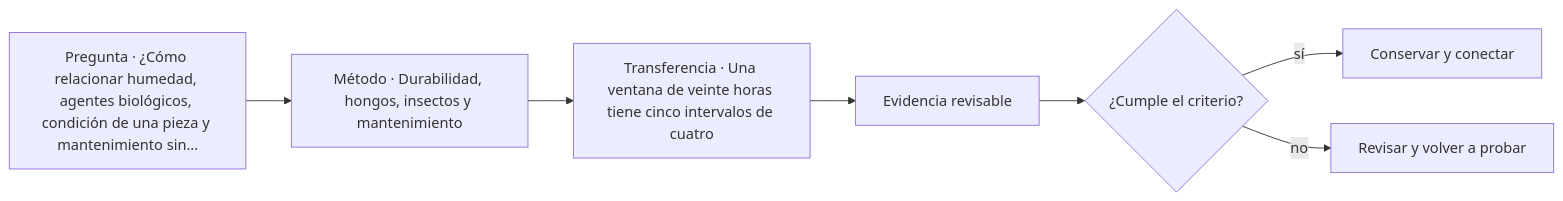
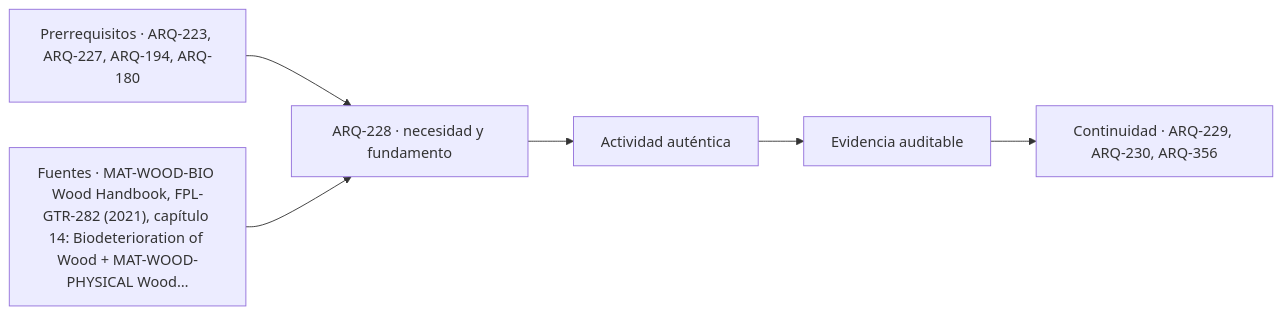
The diagram in classes/parte-23/ARQ-228.md (vladimiracunadev-create/architecture-built-environment-learning-program), drawn with Mermaid before and after one commit. The commit also changed other lines of this file and 761 other files, not shown here.

````diff
--- a/classes/parte-23/ARQ-228.md
+++ b/classes/parte-23/ARQ-228.md
@@ -107,9 +119,8 @@
 ```mermaid
 flowchart LR
-    Q["Pregunta · ¿Cómo relacionar humedad, agentes biológicos, condición de una pieza y mantenimiento sin…"] --> M["Método · Durabilidad, hongos, insectos y mantenimiento"]
-    M --> P["Transferencia · Una ventana de veinte horas tiene cinco intervalos de cuatro"]
-    P --> E["Evidencia revisable"]
-    E --> C{"¿Cumple el criterio?"}
-    C -->|sí| T["Conservar y conectar"]
-    C -->|no| R["Revisar y volver a probar"]
+    A["Prerrequisitos · ARQ-223, ARQ-227, ARQ-194, ARQ-180"] --> B["ARQ-228 · necesidad y fundamento"]
+    S["Fuentes · MAT-WOOD-BIO Wood Handbook, FPL-GTR-282 (2021), capítulo 14: Biodeterioration of Wood + MAT-WOOD-PHYSICAL Wood…"] --> B
+    B --> C["Actividad auténtica"]
+    C --> D["Evidencia auditable"]
+    D --> E["Continuidad · ARQ-229, ARQ-230, ARQ-356"]
 ```
````
